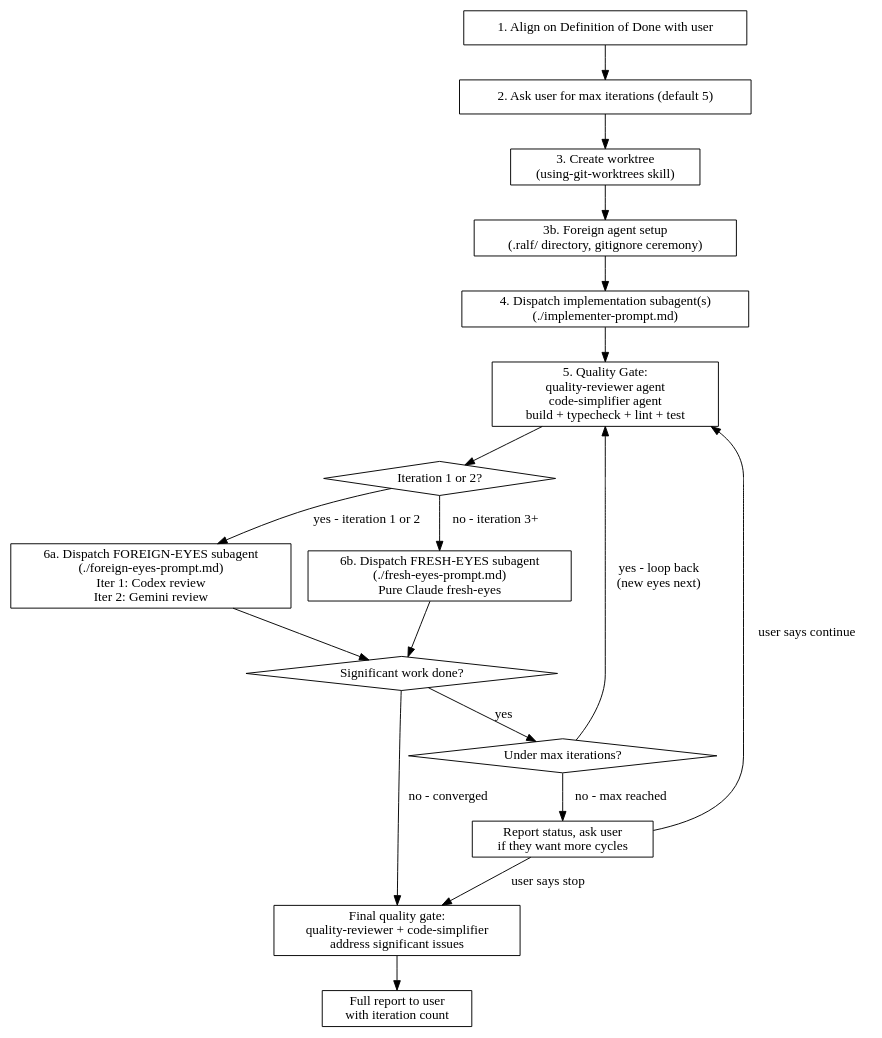
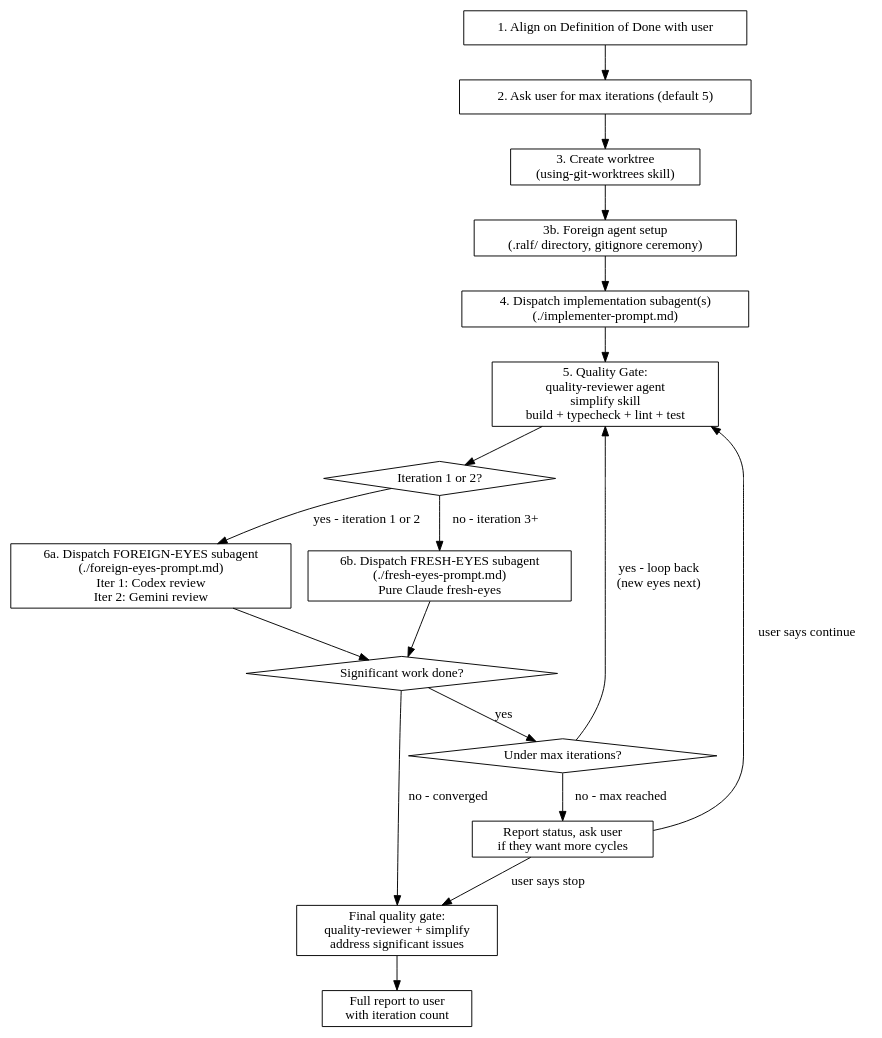
One commit to scotthamilton77/agents-config changed the second of 2 diagrams in src/user/.agents/skills/ralf-it/SKILL.md. Above: the diagram before and after it, drawn with Graphviz. The commit also changed other lines of this file and 12 other files, not shown here.

First line of the commit message:
chore(skills): sweep stale dispatch refs to simplify + quality-reviewer (#24)

````diff
--- a/src/user/.agents/skills/ralf-it/SKILL.md
+++ b/src/user/.agents/skills/ralf-it/SKILL.md
@@ -41,39 +41,39 @@
 ```dot
 digraph ralf_process {
     rankdir=TB;
     node [shape=box];
 
     align [label="1. Align on Definition of Done with user"];
     ask_iters [label="2. Ask user for max iterations (default 5)"];
     worktree [label="3. Create worktree\n(using-git-worktrees skill)"];
     foreign_setup [label="3b. Foreign agent setup\n(.ralf/ directory, gitignore ceremony)"];
     implement [label="4. Dispatch implementation subagent(s)\n(./implementer-prompt.md)"];
-    quality_gate [label="5. Quality Gate:\nquality-reviewer agent\ncode-simplifier agent\nbuild + typecheck + lint + test"];
+    quality_gate [label="5. Quality Gate:\nquality-reviewer agent\nsimplify skill\nbuild + typecheck + lint + test"];
     iter_check [label="Iteration 1 or 2?" shape=diamond];
     foreign_eyes [label="6a. Dispatch FOREIGN-EYES subagent\n(./foreign-eyes-prompt.md)\nIter 1: Codex review\nIter 2: Gemini review"];
     fresh_eyes [label="6b. Dispatch FRESH-EYES subagent\n(./fresh-eyes-prompt.md)\nPure Claude fresh-eyes"];
     significant [label="Significant work done?" shape=diamond];
     under_max [label="Under max iterations?" shape=diamond];
     ask_more [label="Report status, ask user\nif they want more cycles" shape=box];
-    final_review [label="Final quality gate:\nquality-reviewer + code-simplifier\naddress significant issues"];
+    final_review [label="Final quality gate:\nquality-reviewer + simplify\naddress significant issues"];
     report [label="Full report to user\nwith iteration count"];
 
     align -> ask_iters;
     ask_iters -> worktree;
     worktree -> foreign_setup;
     foreign_setup -> implement;
     implement -> quality_gate;
     quality_gate -> iter_check;
     iter_check -> foreign_eyes [label="yes - iteration 1 or 2"];
     iter_check -> fresh_eyes [label="no - iteration 3+"];
     foreign_eyes -> significant;
     fresh_eyes -> significant;
     significant -> under_max [label="yes"];
     significant -> final_review [label="no - converged"];
     under_max -> quality_gate [label="yes - loop back\n(new eyes next)"];
     under_max -> ask_more [label="no - max reached"];
     ask_more -> quality_gate [label="user says continue"];
     ask_more -> final_review [label="user says stop"];
     final_review -> report;
 }
 ```
````
